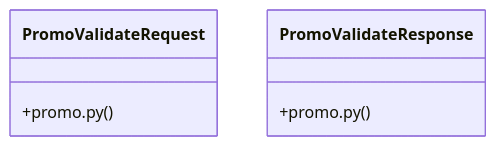
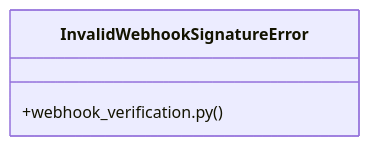
The diagram in graphify-out/wiki/[make_admin()_&_hash_password()]_Cluster.md (adjanayo/synca_conf_back), drawn with Mermaid before and after one commit. The commit also changed other lines of this file and 62 other files, not shown here.

Commit message:
docs: journal — GET /api/partner-levels + mise à jour graphe de code

````diff
--- a/graphify-out/wiki/[make_admin()_&_hash_password()]_Cluster.md
+++ b/graphify-out/wiki/[make_admin()_&_hash_password()]_Cluster.md
@@ -35,9 +36,6 @@
 ```mermaid
 classDiagram
-    class PromoValidateRequest {
-        +promo.py()
-    }
-    class PromoValidateResponse {
-        +promo.py()
+    class InvalidWebhookSignatureError {
+        +webhook_verification.py()
     }
 ```
````
